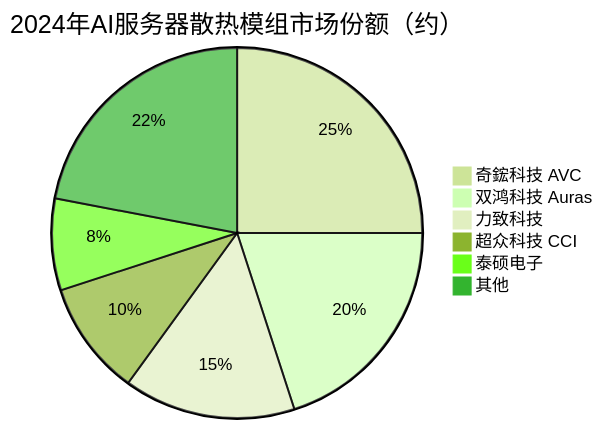
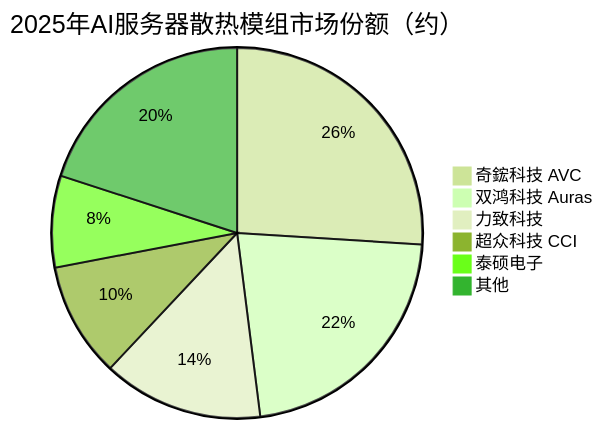
The third of 3 diagrams in 存储产业链/细分配套/存储散热方案.md (blueprint1453/industry-insight), drawn with Mermaid (forest theme) before and after one commit. The commit also changed other lines of this file and 78 other files, not shown here.

````diff
--- a/存储产业链/细分配套/存储散热方案.md
+++ b/存储产业链/细分配套/存储散热方案.md
@@ -135,9 +135,9 @@
 ```mermaid
-pie title 2024年AI服务器散热模组市场份额（约）
-    "奇鋐科技 AVC" : 25
-    "双鸿科技 Auras" : 20
-    "力致科技" : 15
+pie title 2025年AI服务器散热模组市场份额（约）
+    "奇鋐科技 AVC" : 26
+    "双鸿科技 Auras" : 22
+    "力致科技" : 14
     "超众科技 CCI" : 10
     "泰硕电子" : 8
-    "其他" : 22
+    "其他" : 20
 ```
````
